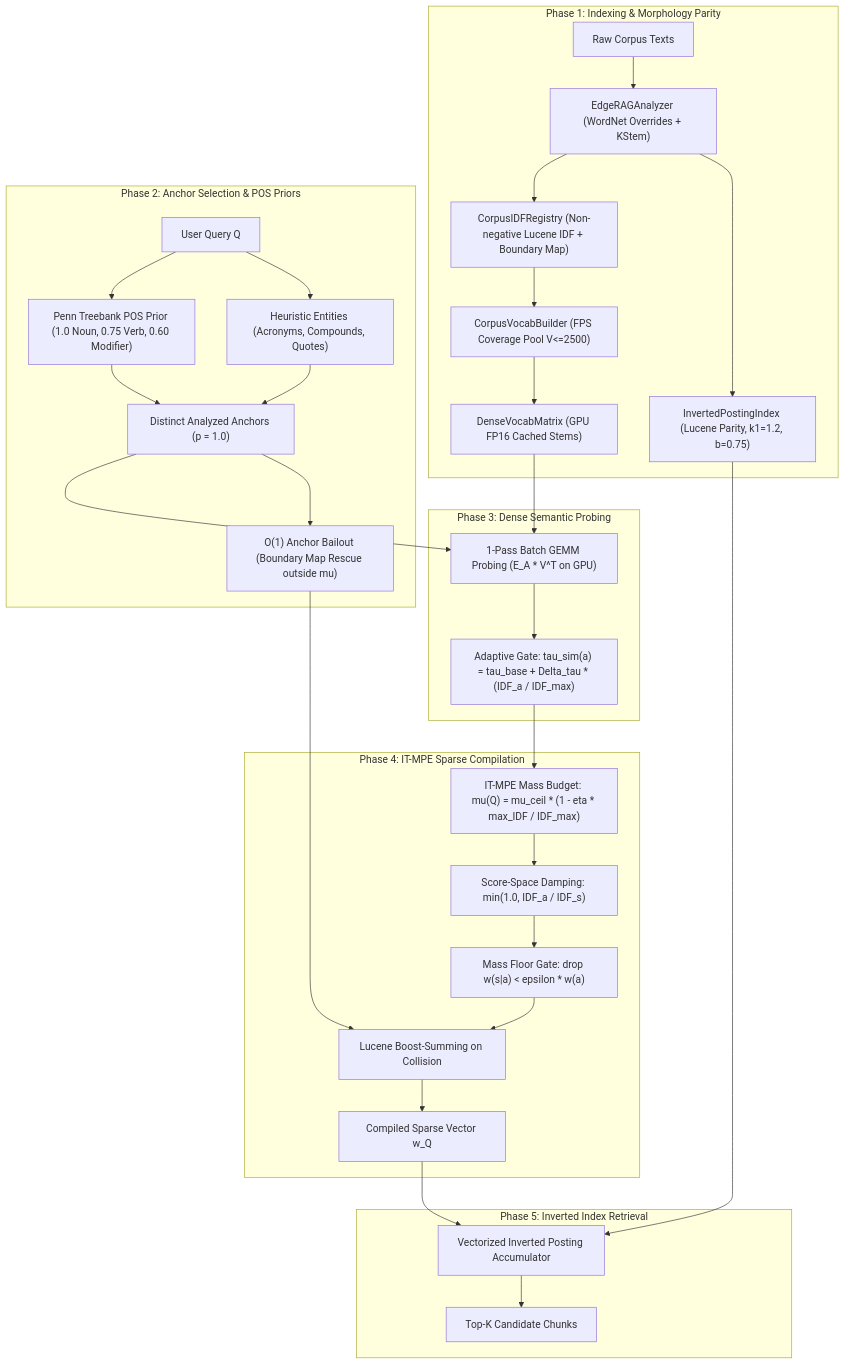
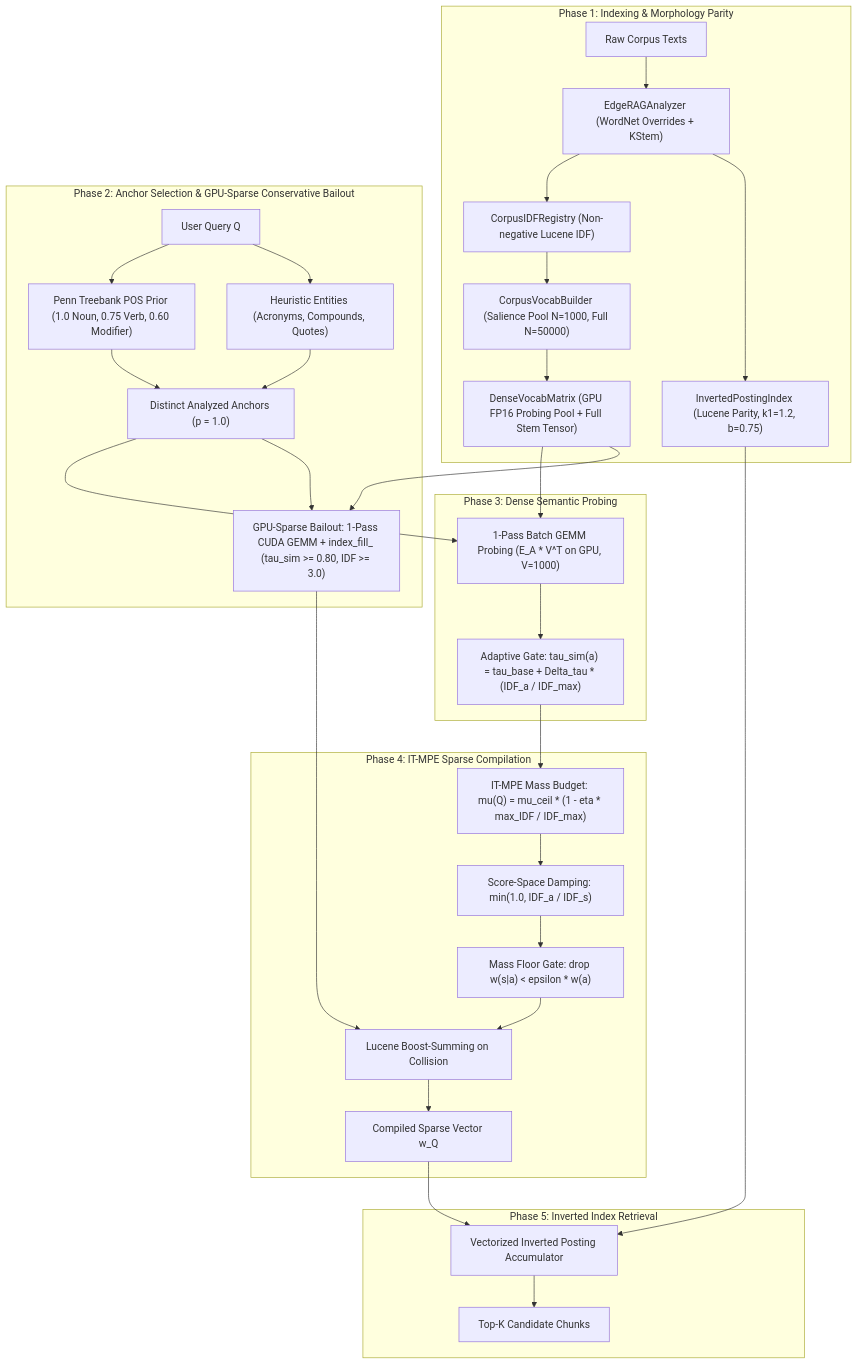
One commit to spchjken/Edge-RAG changed the diagram in src/pipeline_v2/expansion/pathway_v7_anchored_retriever.md. Above: the diagram before and after it, drawn with Mermaid. The commit also changed other lines of this file and 3 other files, not shown here.

````diff
--- a/src/pipeline_v2/expansion/pathway_v7_anchored_retriever.md
+++ b/src/pipeline_v2/expansion/pathway_v7_anchored_retriever.md
@@ -12,35 +12,35 @@
 ```mermaid
 flowchart TD
     subgraph P1["Phase 1: Indexing & Morphology Parity"]
         RawDocs["Raw Corpus Texts"] --> Analyzer["EdgeRAGAnalyzer (WordNet Overrides + KStem)"]
         Analyzer --> InvertedIdx["InvertedPostingIndex (Lucene Parity, k1=1.2, b=0.75)"]
-        Analyzer --> Reg["CorpusIDFRegistry (Non-negative Lucene IDF + Boundary Map)"]
-        Reg --> Vocab["CorpusVocabBuilder (FPS Coverage Pool V<=2500)"]
-        Vocab --> DenseMatrix["DenseVocabMatrix (GPU FP16 Cached Stems)"]
+        Analyzer --> Reg["CorpusIDFRegistry (Non-negative Lucene IDF)"]
+        Reg --> Vocab["CorpusVocabBuilder (Salience Pool N=1000, Full N=50000)"]
+        Vocab --> DenseMatrix["DenseVocabMatrix (GPU FP16 Probing Pool + Full Stem Tensor)"]
     end
 
-    subgraph P2["Phase 2: Anchor Selection & POS Priors"]
+    subgraph P2["Phase 2: Anchor Selection & GPU-Sparse Conservative Bailout"]
         Query["User Query Q"] --> RegEx["Heuristic Entities (Acronyms, Compounds, Quotes)"]
         Query --> POS["Penn Treebank POS Prior (1.0 Noun, 0.75 Verb, 0.60 Modifier)"]
         RegEx & POS --> Anchors["Distinct Analyzed Anchors (p = 1.0)"]
-        Anchors --> Bailout["O(1) Anchor Bailout (Boundary Map Rescue outside mu)"]
+        Anchors & DenseMatrix --> Bailout["GPU-Sparse Bailout: 1-Pass CUDA GEMM + index_fill_ (tau_sim >= 0.80, IDF >= 3.0)"]
     end
 
     subgraph P3["Phase 3: Dense Semantic Probing"]
-        Anchors & DenseMatrix --> GEMM["1-Pass Batch GEMM Probing (E_A * V^T on GPU)"]
+        Anchors & DenseMatrix --> GEMM["1-Pass Batch GEMM Probing (E_A * V^T on GPU, V=1000)"]
         GEMM --> Gate["Adaptive Gate: tau_sim(a) = tau_base + Delta_tau * (IDF_a / IDF_max)"]
     end
 
     subgraph P4["Phase 4: IT-MPE Sparse Compilation"]
         Gate --> Mass["IT-MPE Mass Budget: mu(Q) = mu_ceil * (1 - eta * max_IDF / IDF_max)"]
         Mass --> Damping["Score-Space Damping: min(1.0, IDF_a / IDF_s)"]
         Damping --> Floor["Mass Floor Gate: drop w(s|a) < epsilon * w(a)"]
         Floor & Bailout --> BoostSum["Lucene Boost-Summing on Collision"]
         BoostSum --> SparseVec["Compiled Sparse Vector w_Q"]
     end
 
     subgraph P5["Phase 5: Inverted Index Retrieval"]
         SparseVec & InvertedIdx --> FastPostings["Vectorized Inverted Posting Accumulator"]
         FastPostings --> TopK["Top-K Candidate Chunks"]
     end
 ```
````
